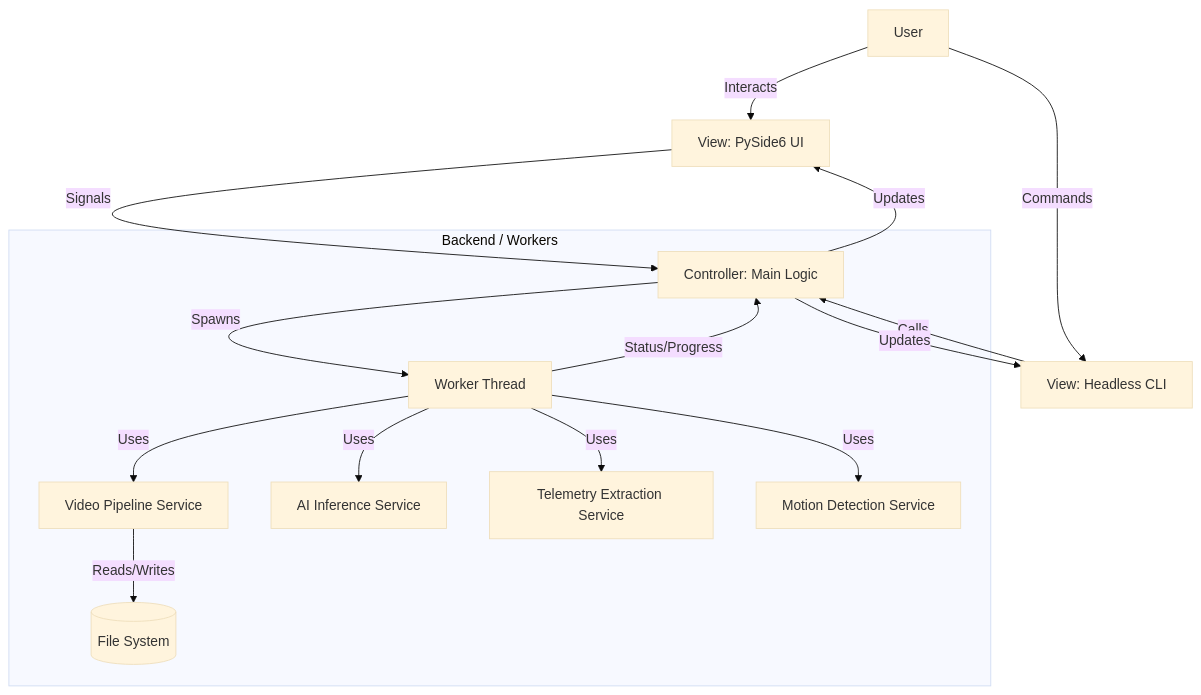
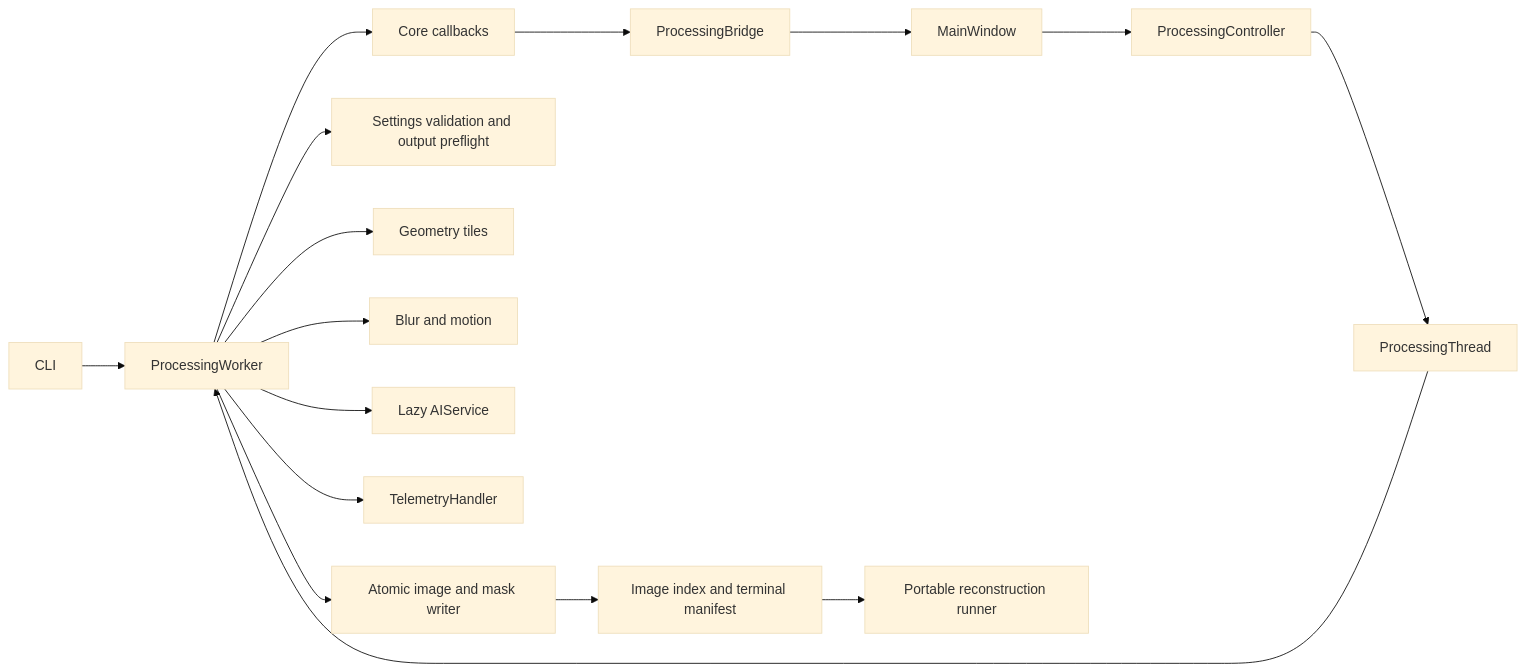
One commit to nicolasdiolez/360Extractor changed the diagram in ARCHITECTURE.md. Above: the diagram before and after it, drawn with Mermaid (base theme). The commit also changed other lines of this file and 87 other files, not shown here.

````diff
--- a/ARCHITECTURE.md
+++ b/ARCHITECTURE.md
@@ -41,20 +5,18 @@
 ```mermaid
-graph TD
-    User[User] -->|Interacts| UI[View: PySide6 UI]
-    User -->|Commands| CLI[View: Headless CLI]
-    UI -->|Signals| Controller[Controller: Main Logic]
-    CLI -->|Calls| Controller
-    
-    subgraph Core Processing [Backend / Workers]
-        Controller -->|Spawns| Worker[Worker Thread]
-        Worker -->|Uses| VideoService[Video Pipeline Service]
-        Worker -->|Uses| AIService[AI Inference Service]
-        Worker -->|Uses| TelemetryService[Telemetry Extraction Service]
-        Worker -->|Uses| MotionService[Motion Detection Service]
-        VideoService -->|Reads/Writes| FileSystem[(File System)]
-    end
-    
-    Worker -->|Status/Progress| Controller
-    Controller -->|Updates| UI
-    Controller -->|Updates| CLI
+flowchart LR
+  CLI[CLI] --> Worker[ProcessingWorker]
+  UI[MainWindow] --> Controller[ProcessingController]
+  Controller --> Thread[ProcessingThread]
+  Thread --> Worker
+  Worker --> Events[Core callbacks]
+  Events --> Bridge[ProcessingBridge]
+  Bridge --> UI
+  Worker --> Validation[Settings validation and output preflight]
+  Worker --> Projection[Geometry tiles]
+  Worker --> Filters[Blur and motion]
+  Worker --> AI[Lazy AIService]
+  Worker --> GPS[TelemetryHandler]
+  Worker --> Writer[Atomic image and mask writer]
+  Writer --> Index[Image index and terminal manifest]
+  Index --> COLMAP[Portable reconstruction runner]
 ```
````
